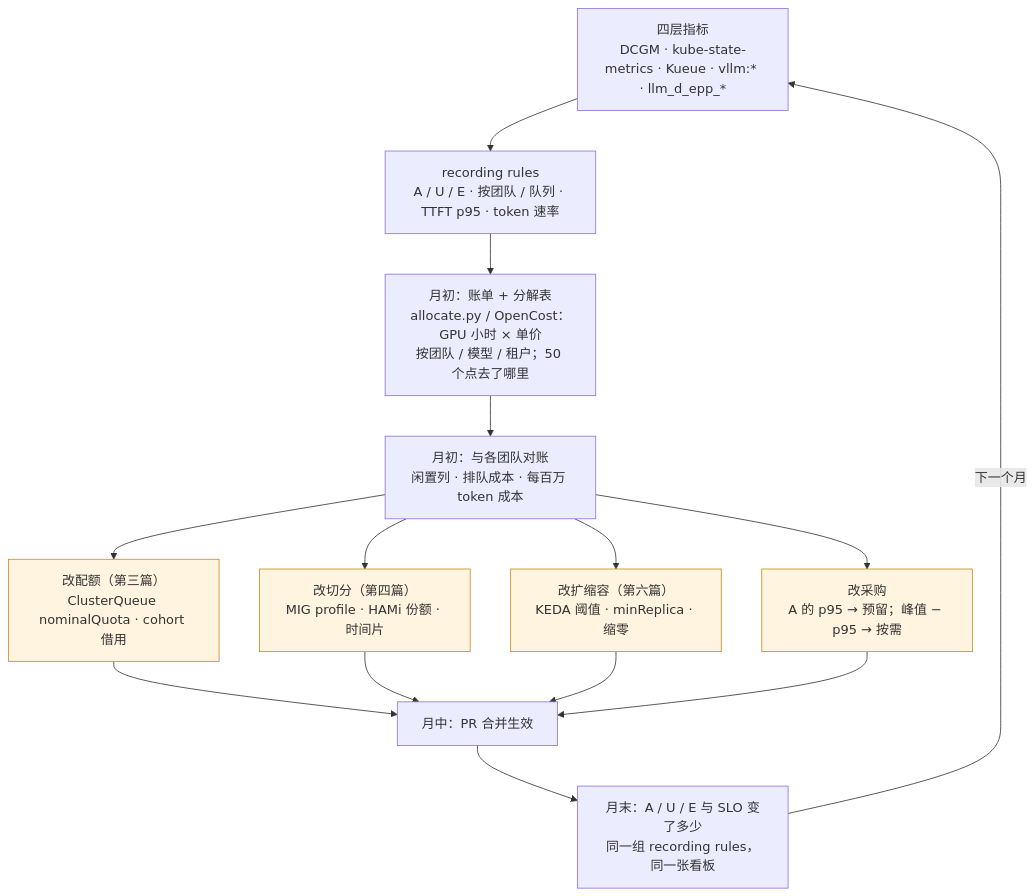
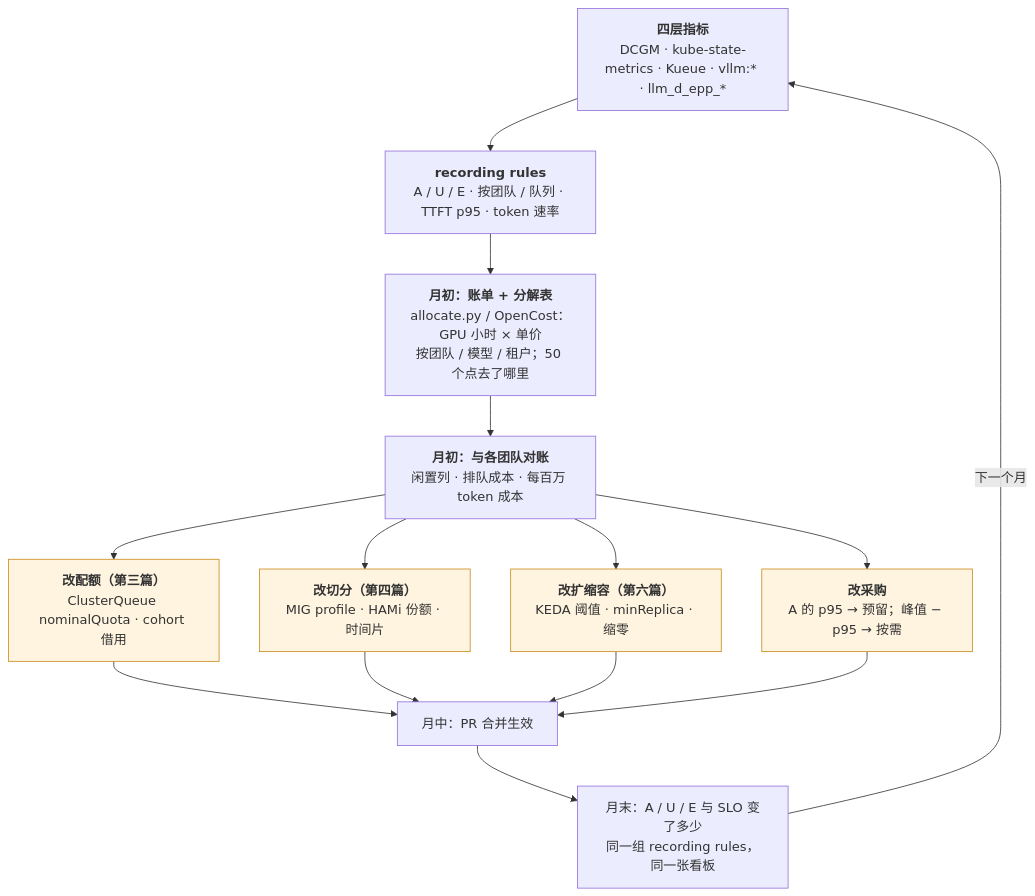
The fourth of 4 diagrams in _posts/2026-09-22-ai-platform-observability-cost-and-finops.md (arganzheng/arganzheng.github.com), drawn with Mermaid before and after one commit. The commit also changed other lines of this file and 8 other files, not shown here.

First line of the commit message:
AI 平台工程：资源层与交付层：Mermaid 多行方框的首行标为标题（9 篇）

````diff
--- a/_posts/2026-09-22-ai-platform-observability-cost-and-finops.md
+++ b/_posts/2026-09-22-ai-platform-observability-cost-and-finops.md
@@ -517,20 +517,20 @@
 ```mermaid
 %% 图：成本回流到配置的月度闭环：四层指标 → recording rules → 账单与分解表 → 对账 → 改配额、切分、扩缩容或采购
 flowchart TB
-    M["四层指标<br/>DCGM · kube-state-metrics · Kueue · vllm:* · llm_d_epp_*"]
-    M --> R["recording rules<br/>A / U / E · 按团队 / 队列 · TTFT p95 · token 速率"]
-    R --> BILL["月初：账单 + 分解表<br/>allocate.py / OpenCost：GPU 小时 × 单价<br/>按团队 / 模型 / 租户；50 个点去了哪里"]
-    BILL --> REVIEW["月初：与各团队对账<br/>闲置列 · 排队成本 · 每百万 token 成本"]
-    REVIEW --> KQ["改配额（第三篇）<br/>ClusterQueue nominalQuota · cohort 借用"]
-    REVIEW --> KS["改切分（第四篇）<br/>MIG profile · HAMi 份额 · 时间片"]
-    REVIEW --> KA["改扩缩容（第六篇）<br/>KEDA 阈值 · minReplica · 缩零"]
-    REVIEW --> KP["改采购<br/>A 的 p95 → 预留；峰值 − p95 → 按需"]
+    M["<b>四层指标</b><br/>DCGM · kube-state-metrics · Kueue · vllm:* · llm_d_epp_*"]
+    M --> R["<b>recording rules</b><br/>A / U / E · 按团队 / 队列 · TTFT p95 · token 速率"]
+    R --> BILL["<b>月初：账单 + 分解表</b><br/>allocate.py / OpenCost：GPU 小时 × 单价<br/>按团队 / 模型 / 租户；50 个点去了哪里"]
+    BILL --> REVIEW["<b>月初：与各团队对账</b><br/>闲置列 · 排队成本 · 每百万 token 成本"]
+    REVIEW --> KQ["<b>改配额（第三篇）</b><br/>ClusterQueue nominalQuota · cohort 借用"]
+    REVIEW --> KS["<b>改切分（第四篇）</b><br/>MIG profile · HAMi 份额 · 时间片"]
+    REVIEW --> KA["<b>改扩缩容（第六篇）</b><br/>KEDA 阈值 · minReplica · 缩零"]
+    REVIEW --> KP["<b>改采购</b><br/>A 的 p95 → 预留；峰值 − p95 → 按需"]
     KQ --> APPLY["月中：PR 合并生效"]
     KS --> APPLY
     KA --> APPLY
     KP --> APPLY
     APPLY --> CHECK["月末：A / U / E 与 SLO 变了多少<br/>同一组 recording rules，同一张看板"]
     CHECK -->|"下一个月"| M
     classDef knob fill:#fff4e0,stroke:#c98a1a;
     class KQ,KS,KA,KP knob;
 ```
````
